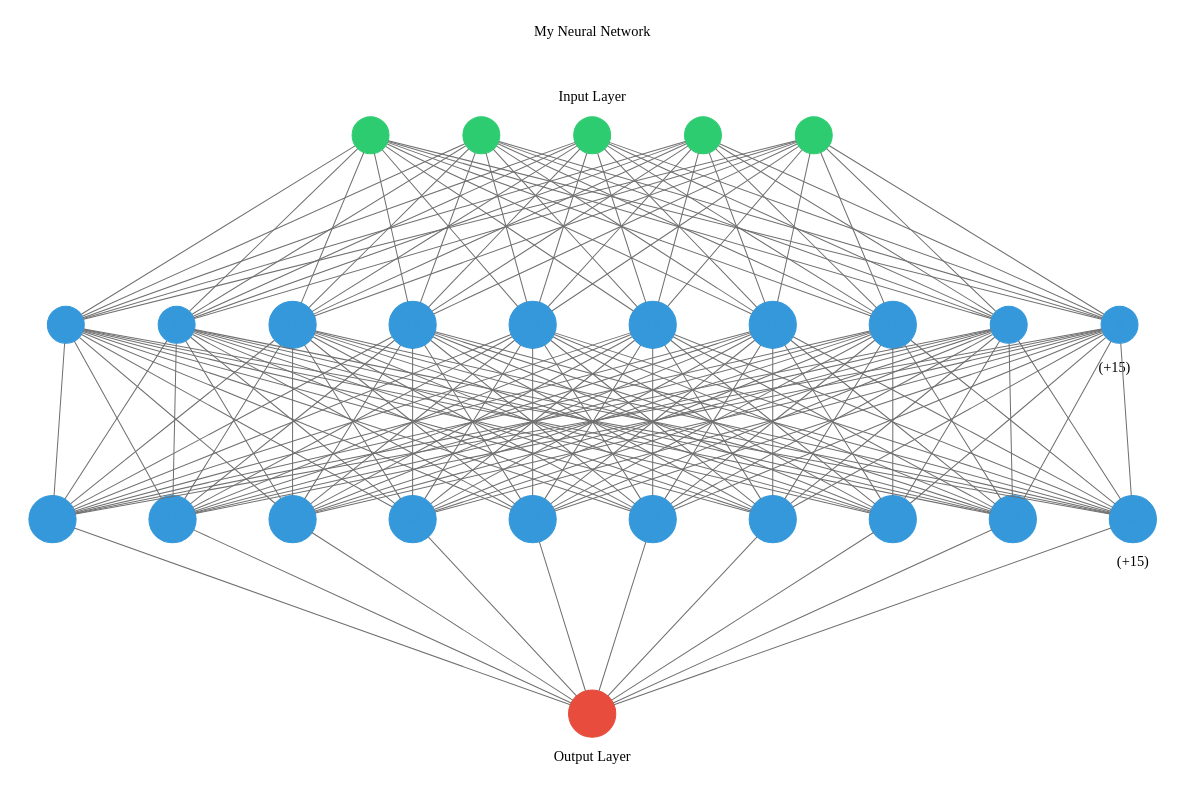
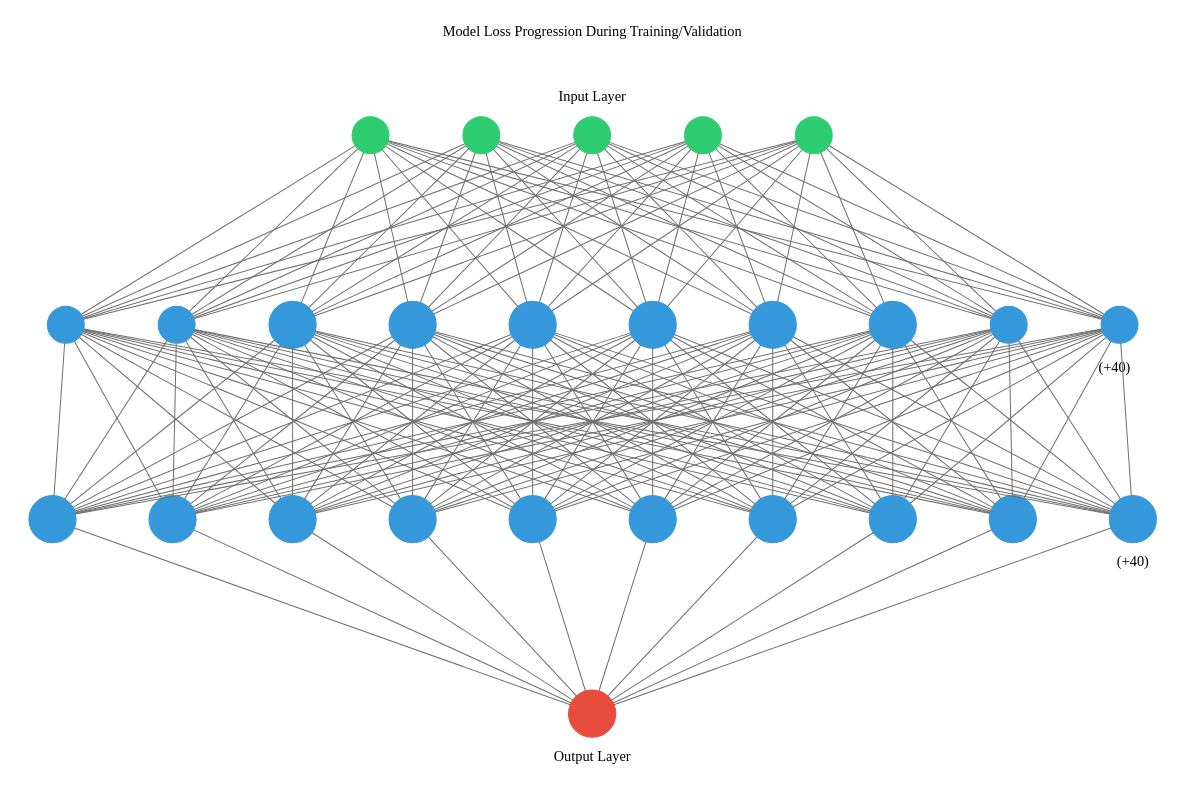
One commit to Vikentiij/Car-Sales-Prediction changed the diagram in network.gv. Above: the diagram before and after it, drawn with Graphviz. The commit also changed 6 other files, not shown here.

```diff
--- a/network.gv
+++ b/network.gv
@@ -5,35 +5,35 @@
 		node [color="#2ecc71" fontcolor="#2ecc71" shape=circle style=filled]
 		color=white
 		1
-		label="My Neural Network
+		label="Model Loss Progression During Training/Validation
 
 
 
 Input Layer"
 		rank=same
 		2
-		label="My Neural Network
+		label="Model Loss Progression During Training/Validation
 
 
 
 Input Layer"
 		rank=same
 		3
-		label="My Neural Network
+		label="Model Loss Progression During Training/Validation
 
 
 
 Input Layer"
 		rank=same
 		4
-		label="My Neural Network
+		label="Model Loss Progression During Training/Validation
 
 
 
 Input Layer"
 		rank=same
 		5
-		label="My Neural Network
+		label="Model Loss Progression During Training/Validation
 
 
 
@@ -93,7 +93,7 @@
 	subgraph cluster_1 {
 		color=white
 		rank=same
-		label=" (+15)" labeljust=right labelloc=b
+		label=" (+40)" labeljust=right labelloc=b
 		6 [color="#3498db" fontcolor="#3498db" shape=circle style=filled]
 		7 [color="#3498db" fontcolor="#3498db" shape=circle style=filled]
 		8 [color="#3498db" fontcolor="#3498db" shape=circle style=filled]
@@ -208,7 +208,7 @@
 	subgraph cluster_2 {
 		color=white
 		rank=same
-		label=" (+15)" labeljust=right labelloc=b
+		label=" (+40)" labeljust=right labelloc=b
 		16 [color="#3498db" fontcolor="#3498db" shape=circle style=filled]
 		17 [color="#3498db" fontcolor="#3498db" shape=circle style=filled]
 		18 [color="#3498db" fontcolor="#3498db" shape=circle style=filled]
```
